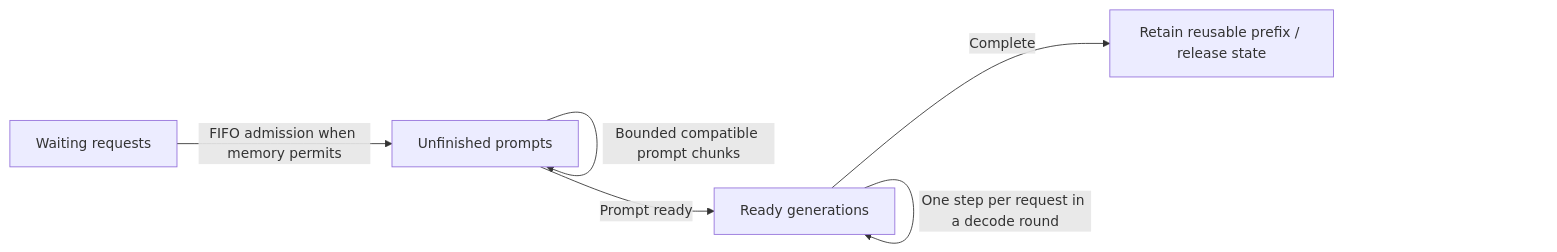
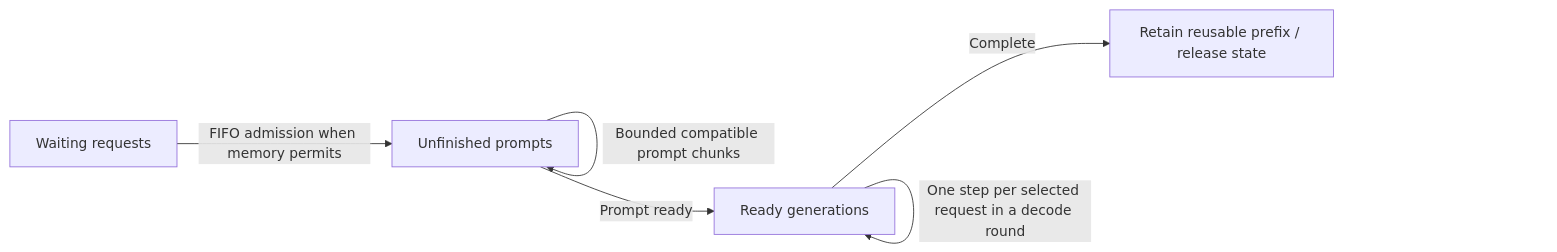
Before and after one commit to magnitudedev/magnitude: the first of 3 diagrams in design/inference/engine/scheduler.md, drawn with Mermaid. The commit also changed other lines of this file and 2630 other files, not shown here.

````diff
--- a/design/inference/engine/scheduler.md
+++ b/design/inference/engine/scheduler.md
@@ -19,8 +15,8 @@
 ```mermaid
 flowchart LR
     Q[Waiting requests] -->|FIFO admission when memory permits| P[Unfinished prompts]
     P -->|Bounded compatible prompt chunks| P
     P -->|Prompt ready| D[Ready generations]
-    D -->|One step per request in a decode round| D
+    D -->|One step per selected request in a decode round| D
     D -->|Complete| F[Retain reusable prefix / release state]
 ```
````
